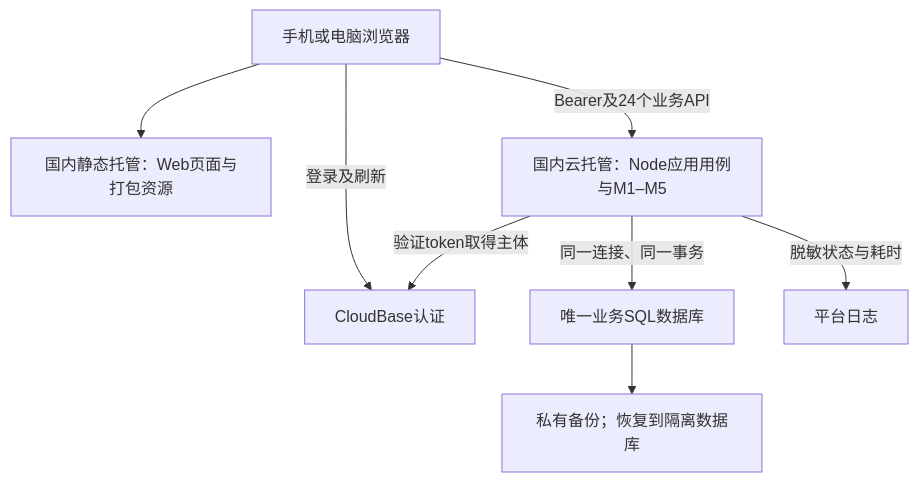
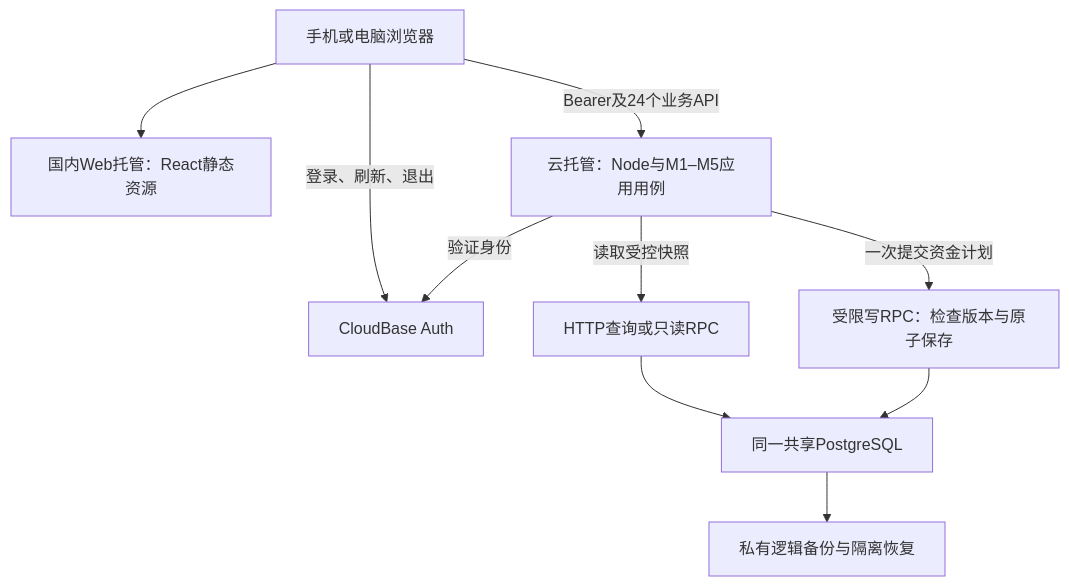
One commit to AsteriaAnna/ledger-final changed the diagram in docs/IMPLEMENTATION_PLAN.md. Above: the diagram before and after it, drawn with Mermaid. The commit also changed other lines of this file and 2 other files, not shown here.

Commit message:
docs: select CloudBase shared PostgreSQL stack with atomic RPC persistence

````diff
--- a/docs/IMPLEMENTATION_PLAN.md
+++ b/docs/IMPLEMENTATION_PLAN.md
@@ -175,10 +132,12 @@
 ```mermaid
 flowchart TB
-  Device["手机或电脑浏览器"] --> Static["国内静态托管：Web页面与打包资源"]
-  Device -->|登录及刷新| Auth["CloudBase认证"]
-  Device -->|Bearer及24个业务API| API["国内云托管：Node应用用例与M1–M5"]
-  API -->|验证token取得主体| Auth
-  API -->|同一连接、同一事务| DB["唯一业务SQL数据库"]
-  API -->|脱敏状态与耗时| Logs["平台日志"]
-  DB --> Backup["私有备份；恢复到隔离数据库"]
+  Browser["手机或电脑浏览器"] --> Static["国内Web托管：React静态资源"]
+  Browser -->|登录、刷新、退出| Auth["CloudBase Auth"]
+  Browser -->|Bearer及24个业务API| API["云托管：Node与M1–M5应用用例"]
+  API -->|验证身份| Auth
+  API -->|读取受控快照| Read["HTTP查询或只读RPC"]
+  API -->|一次提交资金计划| Write["受限写RPC：检查版本与原子保存"]
+  Read --> DB["同一共享PostgreSQL"]
+  Write --> DB
+  DB --> Backup["私有逻辑备份与隔离恢复"]
 ```
````
